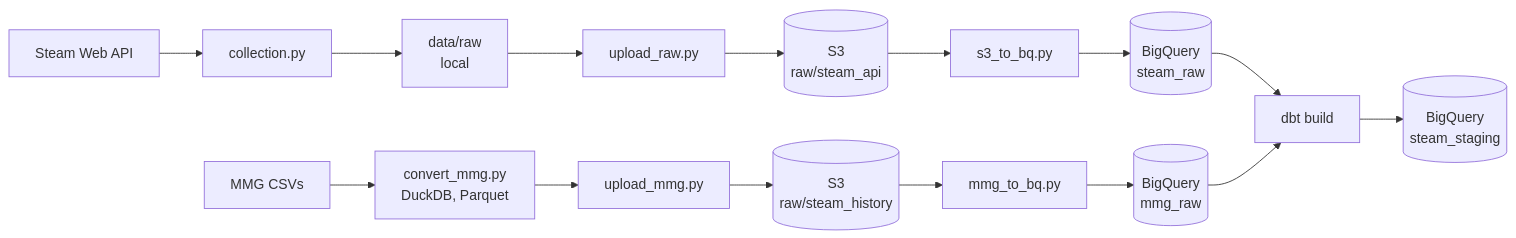
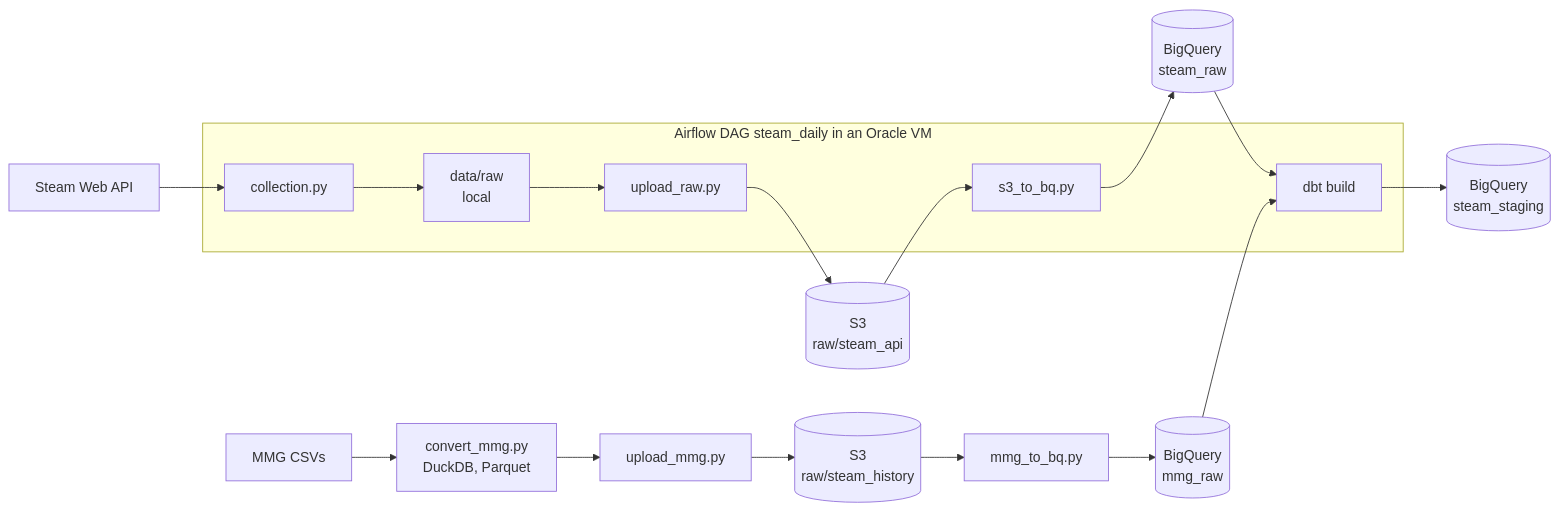
The diagram in Readme.md (Feasao/steam-pipeline), drawn with Mermaid before and after one commit. The commit also changed other lines of this file and 1 other file, not shown here.

````diff
--- a/Readme.md
+++ b/Readme.md
@@ -17,17 +19,25 @@
 ```mermaid
 flowchart LR
-    A[Steam Web API] --> B[collection.py]
-    B --> C[data/raw<br/>local]
-    C --> D[upload_raw.py]
-    D --> E[(S3<br/>raw/steam_api)]
-    E --> F[s3_to_bq.py]
-    F --> G[(BigQuery<br/>steam_raw)]
-    G --> H[dbt build]
-    H --> I[(BigQuery<br/>steam_staging)]
+    A[Steam Web API]
+    E[(S3<br/>raw/steam_api)]
+    G[(BigQuery<br/>steam_raw)]
+    I[(BigQuery<br/>steam_staging)]
+    subgraph AF["Airflow DAG steam_daily in an Oracle VM"]
+        B[collection.py] --> C[data/raw<br/>local]
+        C --> D[upload_raw.py]
+        F[s3_to_bq.py]
+        H[dbt build]
+    end
+    A --> B
+    D --> E
+    E --> F
+    F --> G
+    G --> H
+    H --> I
     M[MMG CSVs] --> N[convert_mmg.py<br/>DuckDB, Parquet]
     N --> O[upload_mmg.py]
     O --> P[(S3<br/>raw/steam_history)]
     P --> Q[mmg_to_bq.py]
     Q --> R[(BigQuery<br/>mmg_raw)]
     R --> H
 ```
````
